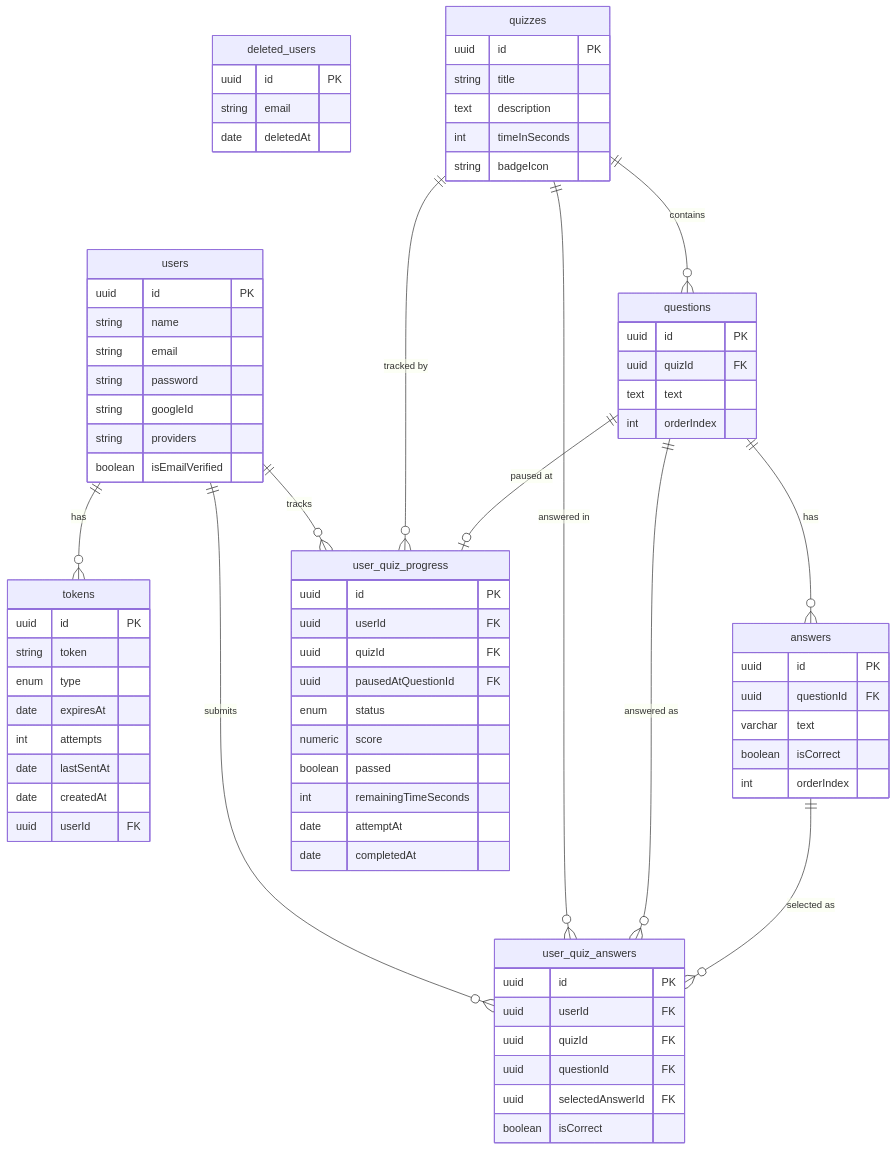
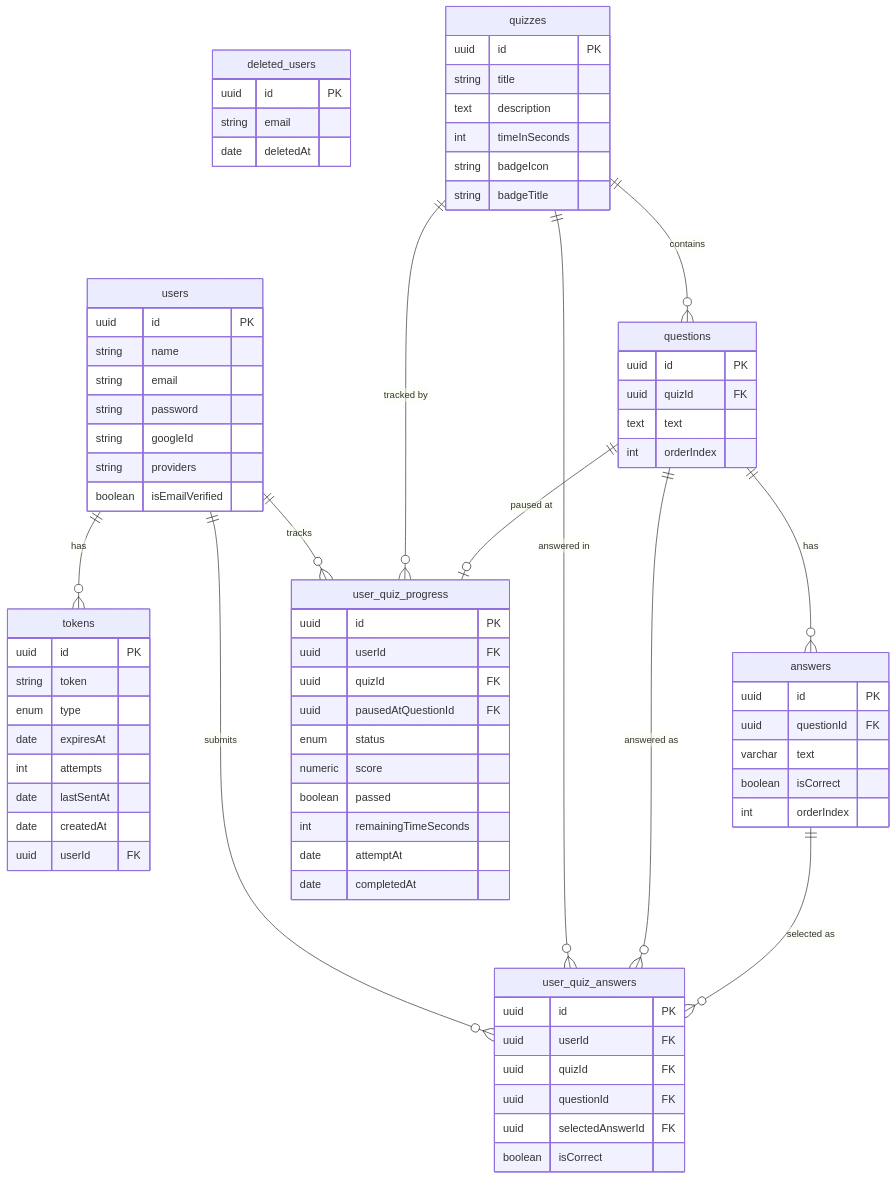
The fifth of 5 diagrams in README.md (Ahmed-Elgammal-900/Quiz-App-Back-End), drawn with Mermaid before and after one commit. The commit also changed other lines of this file and 6 other files, not shown here.

````diff
--- a/README.md
+++ b/README.md
@@ -481,78 +481,79 @@
 ```mermaid
 erDiagram
   users {
     uuid id PK
     string name
     string email
     string password
     string googleId
     string providers
     boolean isEmailVerified
   }
   tokens {
     uuid id PK
     string token
     enum type
     date expiresAt
     int attempts
     date lastSentAt
     date createdAt
     uuid userId FK
   }
   deleted_users {
     uuid id PK
     string email
     date deletedAt
   }
   quizzes {
     uuid id PK
     string title
     text description
     int timeInSeconds
     string badgeIcon
+    string badgeTitle
   }
   questions {
     uuid id PK
     uuid quizId FK
     text text
     int orderIndex
   }
   answers {
     uuid id PK
     uuid questionId FK
     varchar text
     boolean isCorrect
     int orderIndex
   }
   user_quiz_progress {
     uuid id PK
     uuid userId FK
     uuid quizId FK
     uuid pausedAtQuestionId FK
     enum status
     numeric score
     boolean passed
     int remainingTimeSeconds
     date attemptAt
     date completedAt
   }
   user_quiz_answers {
     uuid id PK
     uuid userId FK
     uuid quizId FK
     uuid questionId FK
     uuid selectedAnswerId FK
     boolean isCorrect
   }
 
   users ||--o{ tokens : "has"
   users ||--o{ user_quiz_progress : "tracks"
   users ||--o{ user_quiz_answers : "submits"
   quizzes ||--o{ questions : "contains"
   questions ||--o{ answers : "has"
   quizzes ||--o{ user_quiz_progress : "tracked by"
   quizzes ||--o{ user_quiz_answers : "answered in"
   questions ||--o{ user_quiz_answers : "answered as"
   answers ||--o{ user_quiz_answers : "selected as"
   questions ||--o| user_quiz_progress : "paused at"
 ```
````
